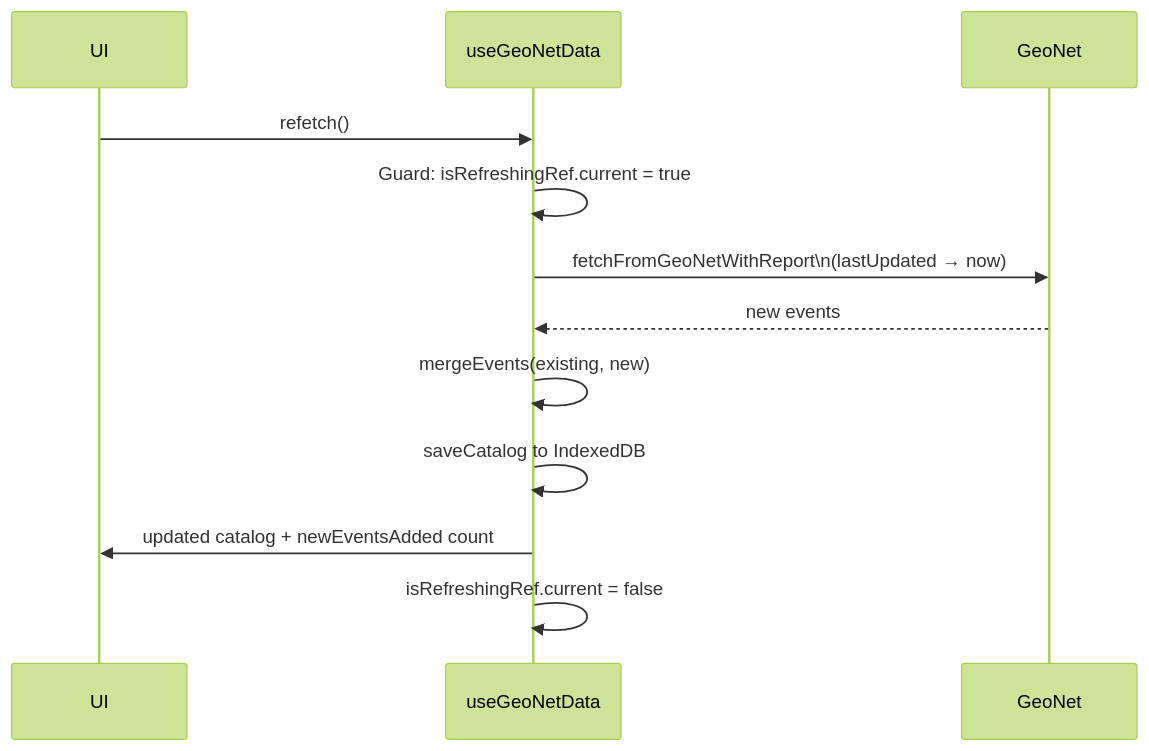
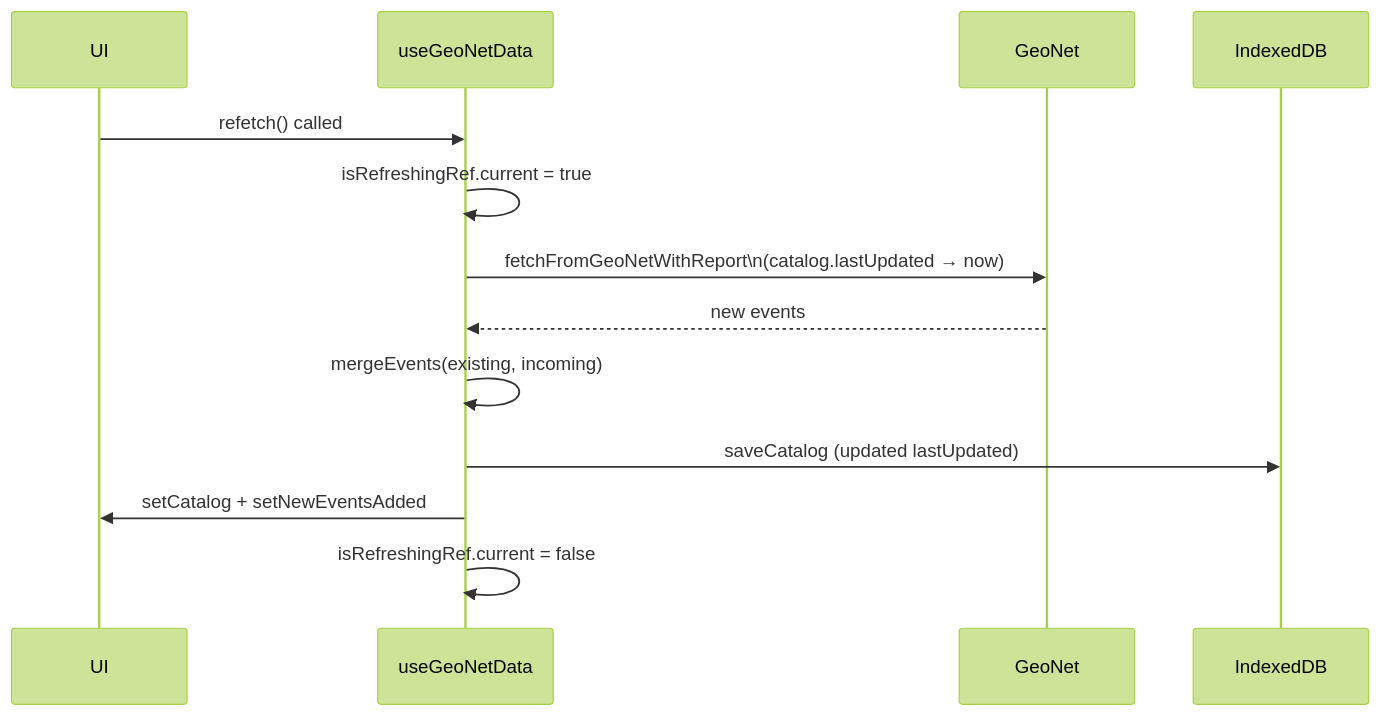
One commit to KennyGraham1/ESNZ-ForecastApp changed the second of 5 diagrams in docs/data-flow.md. Above: the diagram before and after it, drawn with Mermaid (forest theme). The commit also changed other lines of this file and 8 other files, not shown here.

````diff
--- a/docs/data-flow.md
+++ b/docs/data-flow.md
@@ -88,15 +121,16 @@
 ```mermaid
 sequenceDiagram
     participant UI
     participant useGeoNetData
     participant GeoNet
+    participant IndexedDB
 
-    UI->>useGeoNetData: refetch()
-    useGeoNetData->>useGeoNetData: Guard: isRefreshingRef.current = true
-    useGeoNetData->>GeoNet: fetchFromGeoNetWithReport\n(lastUpdated → now)
+    UI->>useGeoNetData: refetch() called
+    useGeoNetData->>useGeoNetData: isRefreshingRef.current = true
+    useGeoNetData->>GeoNet: fetchFromGeoNetWithReport\n(catalog.lastUpdated → now)
     GeoNet-->>useGeoNetData: new events
-    useGeoNetData->>useGeoNetData: mergeEvents(existing, new)
-    useGeoNetData->>useGeoNetData: saveCatalog to IndexedDB
-    useGeoNetData->>UI: updated catalog + newEventsAdded count
+    useGeoNetData->>useGeoNetData: mergeEvents(existing, incoming)
+    useGeoNetData->>IndexedDB: saveCatalog (updated lastUpdated)
+    useGeoNetData->>UI: setCatalog + setNewEventsAdded
     useGeoNetData->>useGeoNetData: isRefreshingRef.current = false
 ```
````
